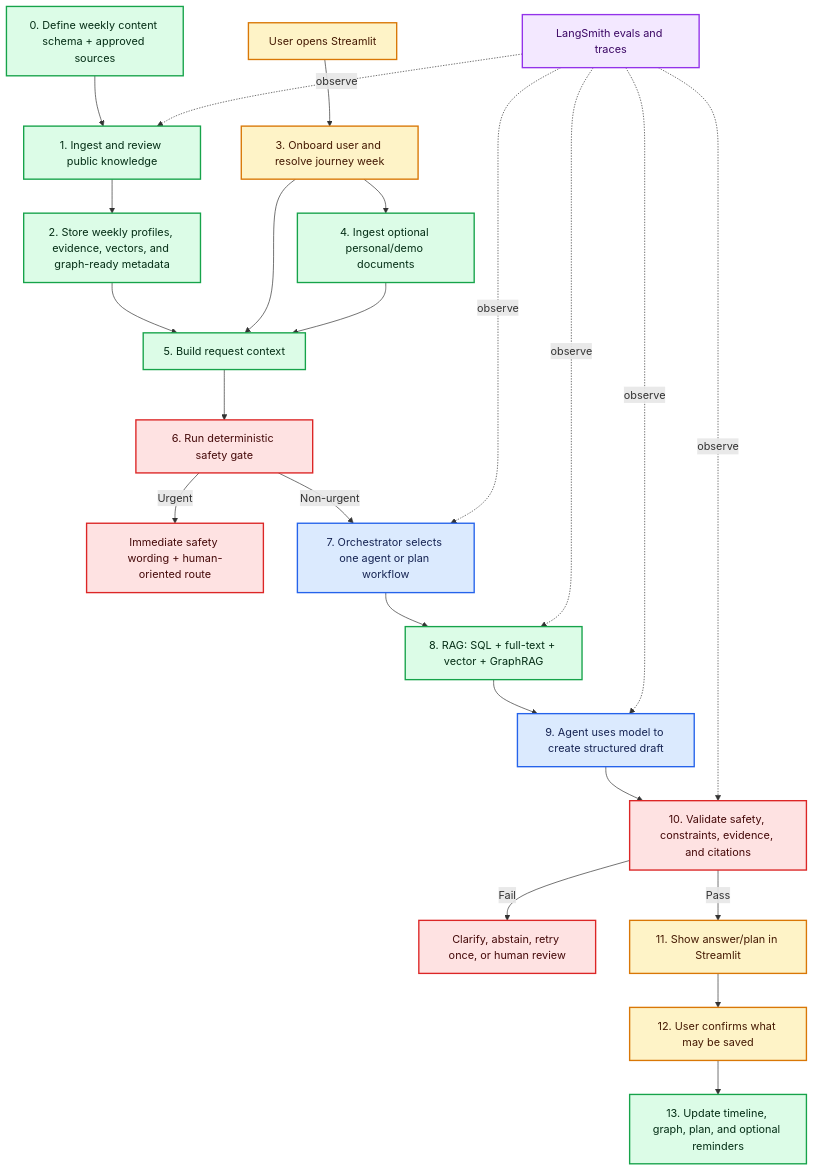
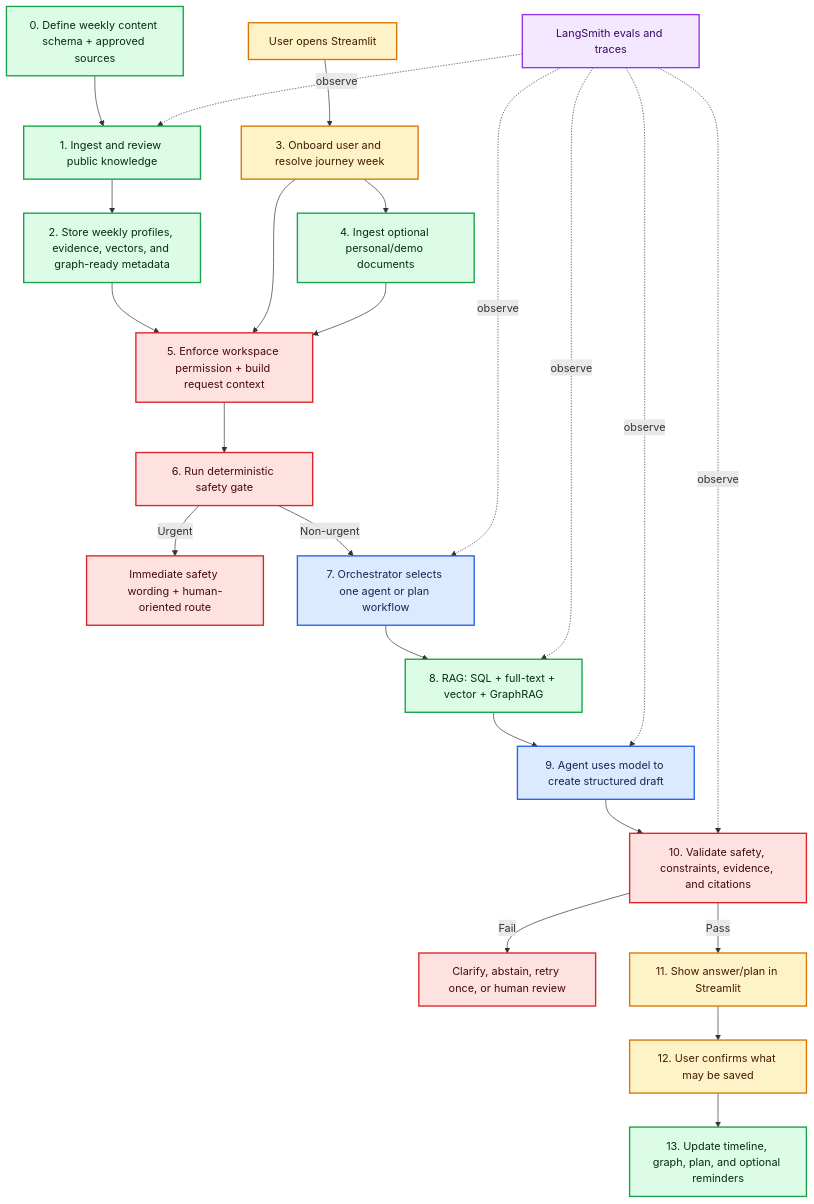
Before and after one commit to ASWATHHARISH/nestline: the first of 5 diagrams in docs/Nestline updated architecture.md, drawn with Mermaid. The commit also changed other lines of this file and 1 other file, not shown here.

Commit message:
docs: reconcile and audit Nestline architecture

````diff
--- a/docs/Nestline updated architecture.md
+++ b/docs/Nestline updated architecture.md
@@ -84,37 +131,37 @@
 ```mermaid
 flowchart TD
     S0["0. Define weekly content schema + approved sources"] --> S1["1. Ingest and review public knowledge"]
     S1 --> S2["2. Store weekly profiles, evidence, vectors, and graph-ready metadata"]
     U["User opens Streamlit"] --> S3["3. Onboard user and resolve journey week"]
     S3 --> S4["4. Ingest optional personal/demo documents"]
-    S2 --> S5["5. Build request context"]
+    S2 --> S5["5. Enforce workspace permission + build request context"]
     S3 --> S5
     S4 --> S5
     S5 --> S6["6. Run deterministic safety gate"]
     S6 -->|Urgent| H1["Immediate safety wording + human-oriented route"]
     S6 -->|Non-urgent| S7["7. Orchestrator selects one agent or plan workflow"]
     S7 --> S8["8. RAG: SQL + full-text + vector + GraphRAG"]
     S8 --> S9["9. Agent uses model to create structured draft"]
     S9 --> S10["10. Validate safety, constraints, evidence, and citations"]
     S10 -->|Fail| H2["Clarify, abstain, retry once, or human review"]
     S10 -->|Pass| S11["11. Show answer/plan in Streamlit"]
     S11 --> S12["12. User confirms what may be saved"]
     S12 --> S13["13. Update timeline, graph, plan, and optional reminders"]
 
     E["LangSmith evals and traces"] -.observe.-> S1
     E -.observe.-> S7
     E -.observe.-> S8
     E -.observe.-> S9
     E -.observe.-> S10
 
     classDef data fill:#dcfce7,stroke:#16a34a,color:#052e16,stroke-width:2px;
     classDef user fill:#fef3c7,stroke:#d97706,color:#451a03,stroke-width:2px;
     classDef safety fill:#fee2e2,stroke:#dc2626,color:#450a0a,stroke-width:2px;
     classDef agent fill:#dbeafe,stroke:#2563eb,color:#172554,stroke-width:2px;
     classDef eval fill:#f3e8ff,stroke:#9333ea,color:#3b0764,stroke-width:2px;
-    class S0,S1,S2,S4,S5,S8,S13 data;
+    class S0,S1,S2,S4,S8,S13 data;
     class U,S3,S11,S12 user;
-    class S6,S10,H1,H2 safety;
+    class S5,S6,S10,H1,H2 safety;
     class S7,S9 agent;
     class E eval;
 ```
````
